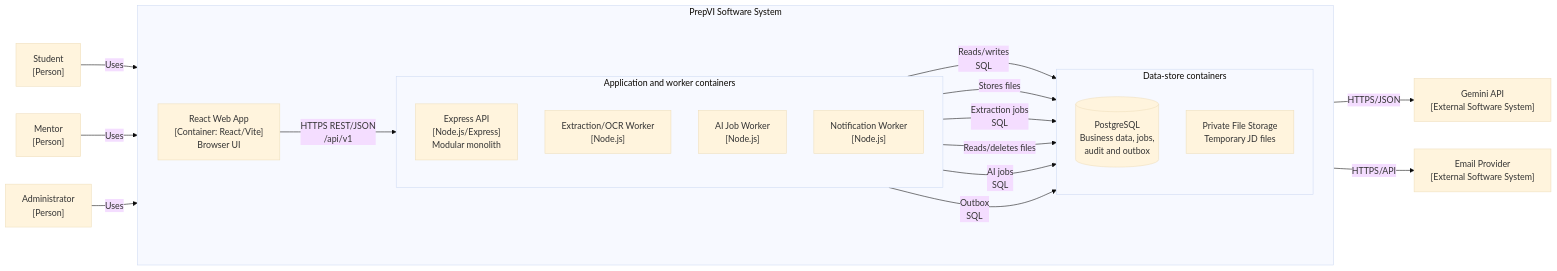
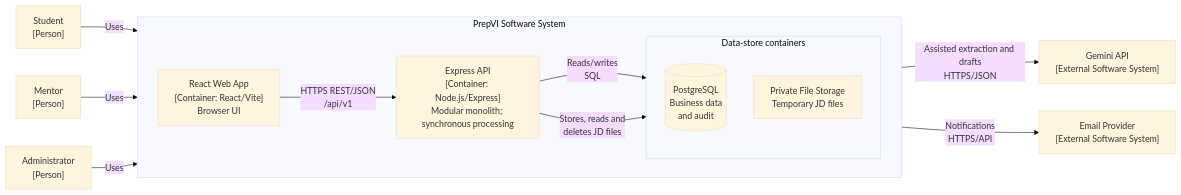
One commit to tnnhuaa/InterviewQuestionBank changed the second of 2 diagrams in docs/Oral_Exam/Q05_software-architecture/Software_Architecture_EN.md. Above: the diagram before and after it, drawn with Mermaid (base theme). The commit also changed other lines of this file and 2 other files, not shown here.

Commit message:
docs: simplify Q05 C4 model without workers

```diff
--- a/docs/Oral_Exam/Q05_software-architecture/Software_Architecture_EN.md
+++ b/docs/Oral_Exam/Q05_software-architecture/Software_Architecture_EN.md
@@ -121,36 +121,26 @@
 ~~~mermaid
 flowchart LR
     Student["Student<br/>[Person]"] -->|Uses| Web
     Mentor["Mentor<br/>[Person]"] -->|Uses| Web
     Admin["Administrator<br/>[Person]"] -->|Uses| Web
 
     subgraph PrepVI["PrepVI Software System"]
         direction LR
         Web["React Web App<br/>[Container: React/Vite]<br/>Browser UI"]
 
-        subgraph Runtime["Application and worker containers"]
-            direction TB
-            API["Express API<br/>[Node.js/Express]<br/>Modular monolith"]
-            DocWorker["Extraction/OCR Worker<br/>[Node.js]"]
-            AIWorker["AI Job Worker<br/>[Node.js]"]
-            NotifyWorker["Notification Worker<br/>[Node.js]"]
-        end
+        API["Express API<br/>[Container: Node.js/Express]<br/>Modular monolith; synchronous processing"]
 
         subgraph Data["Data-store containers"]
             direction TB
-            DB[("PostgreSQL<br/>Business data, jobs,<br/>audit and outbox")]
+            DB[("PostgreSQL<br/>Business data<br/>and audit")]
             FileStore["Private File Storage<br/>Temporary JD files"]
         end
 
         Web -->|"HTTPS REST/JSON<br/>/api/v1"| API
         API -->|"Reads/writes<br/>SQL"| DB
-        API -->|"Stores files"| FileStore
-        DocWorker -->|"Extraction jobs<br/>SQL"| DB
-        DocWorker -->|"Reads/deletes files"| FileStore
-        AIWorker -->|"AI jobs<br/>SQL"| DB
-        NotifyWorker -->|"Outbox<br/>SQL"| DB
+        API -->|"Stores, reads and<br/>deletes JD files"| FileStore
     end
 
-    AIWorker -->|"HTTPS/JSON"| Gemini["Gemini API<br/>[External Software System]"]
-    NotifyWorker -->|"HTTPS/API"| Email["Email Provider<br/>[External Software System]"]
+    API -->|"Assisted extraction and drafts<br/>HTTPS/JSON"| Gemini["Gemini API<br/>[External Software System]"]
+    API -->|"Notifications<br/>HTTPS/API"| Email["Email Provider<br/>[External Software System]"]
 ~~~
```
